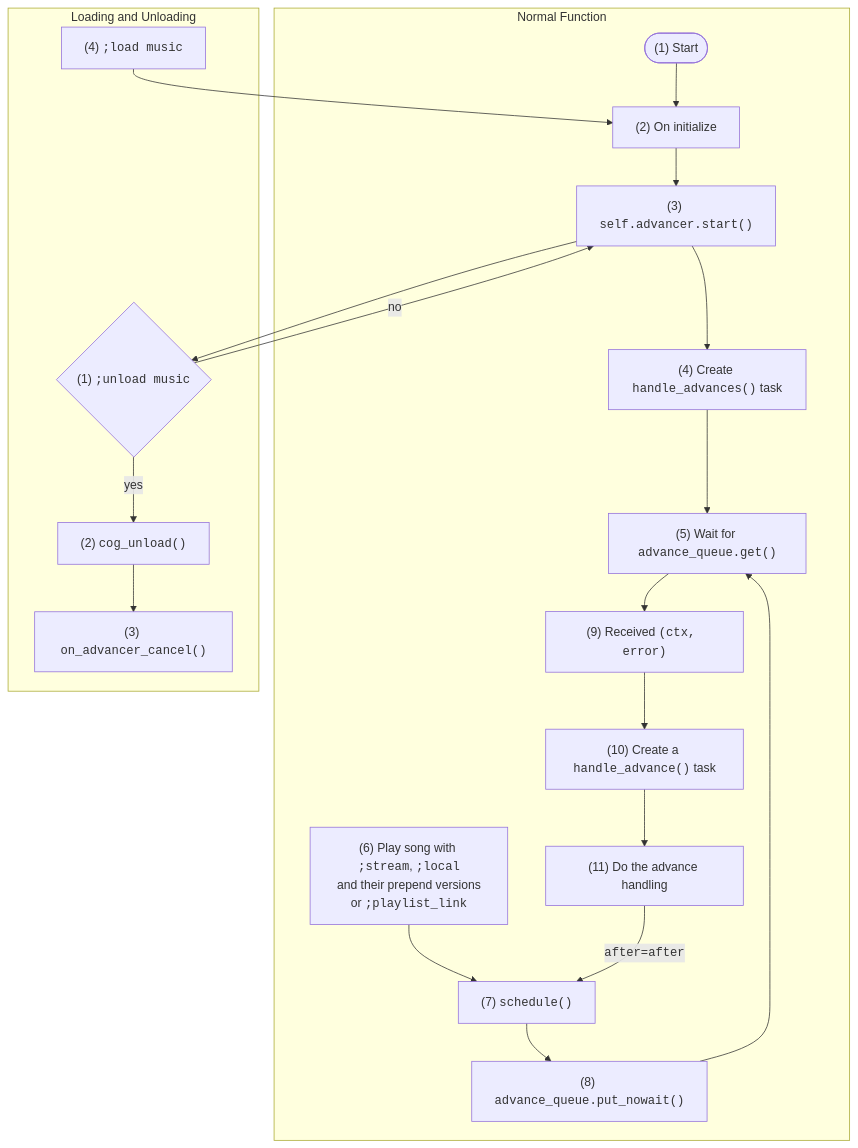
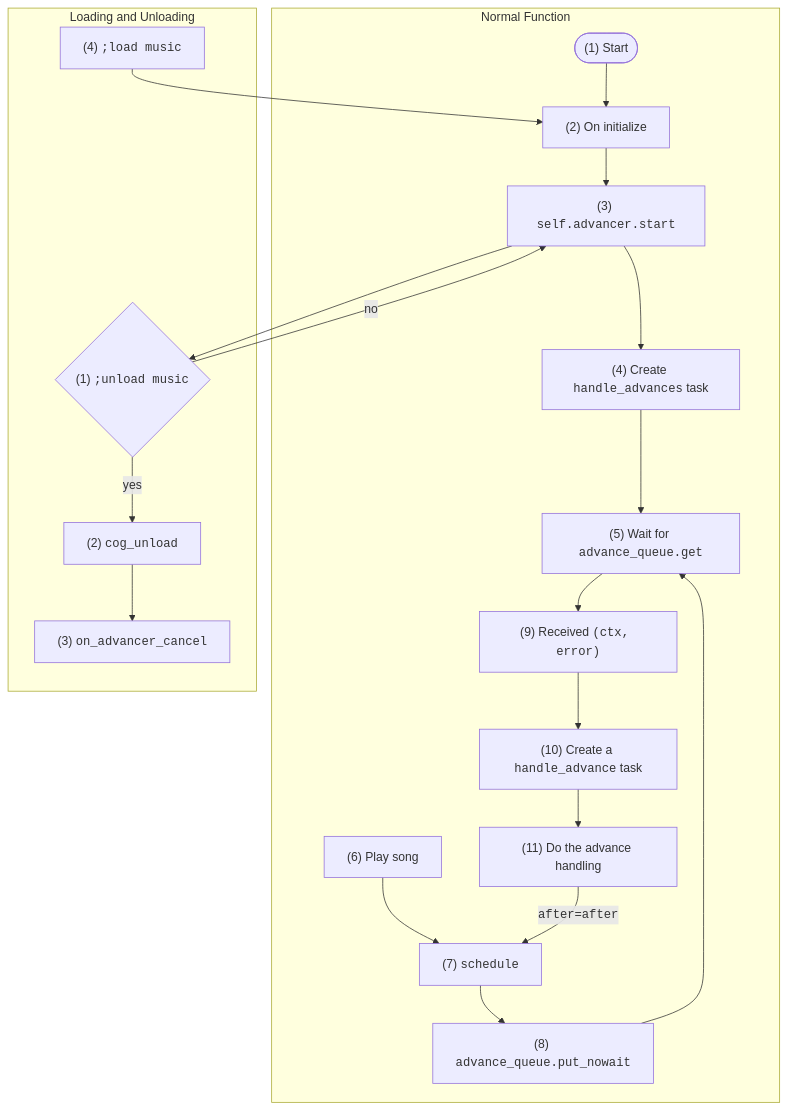
One commit to Togohogo1-Archive/joshgone-music changed the diagram in docs/jgmusic.md. Above: the diagram before and after it, drawn with Mermaid. The commit also changed other lines of this file, not shown here.

````diff
--- a/docs/jgmusic.md
+++ b/docs/jgmusic.md
@@ -15,23 +16,23 @@
 ```mermaid
 graph TD
     subgraph "Normal Function"
     Z(["(1) Start"]) --> A["(2) On initialize"];
-    A --> B["(3) <code>self.advancer.start()</code>"];
-    B --> C["(4) Create <code>handle_advances()</code> task"];
-    C --> G["(5) Wait for <code>advance_queue.get()</code>"]
-    D["(6) Play song with <code>;stream</code>, <code>;local</code><br>and their prepend versions<br>or <code>;playlist_link</code>"] --> E["(7) <code>schedule()</code>"];
-    E --> F["(8) <code>advance_queue.put_nowait()</code>"];
+    A --> B["(3) <code>self.advancer.start</code>"];
+    B --> C["(4) Create <code>handle_advances</code> task"];
+    C --> G["(5) Wait for <code>advance_queue.get</code>"]
+    D["(6) Play song"] --> E["(7) <code>schedule</code>"];
+    E --> F["(8) <code>advance_queue.put_nowait</code>"];
     F --> G
     G --> H["(9) Received <code>(ctx, error)</code>"];
-    H --> I["(10) Create a <code>handle_advance()</code> task"];
+    H --> I["(10) Create a <code>handle_advance</code> task"];
     I --> J["(11) Do the advance handling"];
     J -->|"<code>after=after<code>"| E;
     end
     subgraph "Loading and Unloading"
     B --> a{"(1) <code>;unload music</code>"};
     a -->|no| B;
-    a -->|yes| b["(2) <code>cog_unload()</code>"];
-    b --> d["(3) <code>on_advancer_cancel()</code>"];
+    a -->|yes| b["(2) <code>cog_unload</code>"];
+    b --> d["(3) <code>on_advancer_cancel</code>"];
     c["(4) <code>;load music</code>"] --> A;
     end
 ```
````
